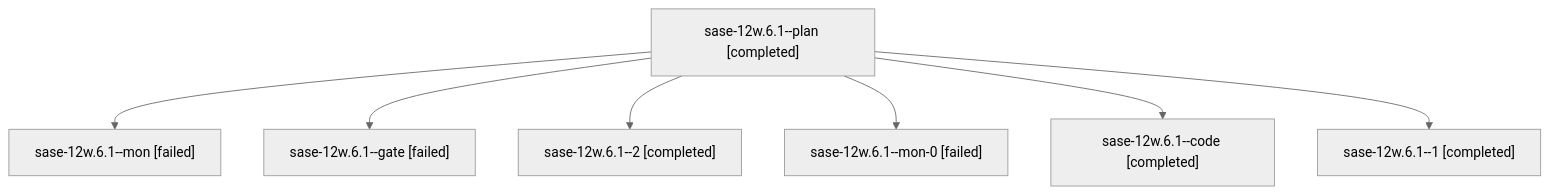
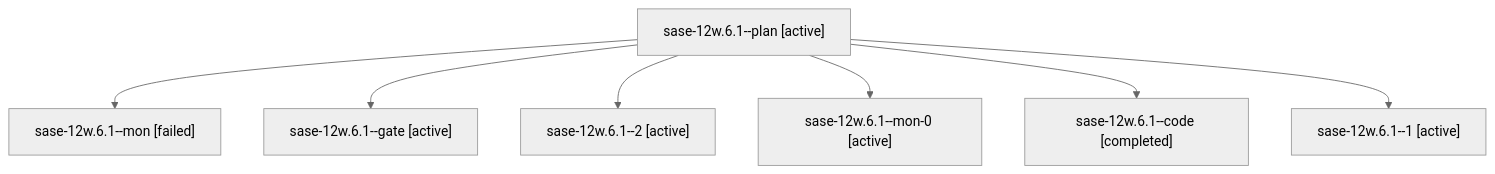
Before and after one commit to sase-org/sase--agents: the diagram in families/bbugyi200.athena.sase-12w.6.1.md, drawn with Mermaid (neutral theme). The commit also changed other lines of this file and 35830 other files, not shown here.

````diff
--- a/families/bbugyi200.athena.sase-12w.6.1.md
+++ b/families/bbugyi200.athena.sase-12w.6.1.md
@@ -9,16 +9,16 @@
 ```mermaid
 flowchart TD
-  n0["sase-12w.6.1--plan [completed]"]
+  n0["sase-12w.6.1--plan [active]"]
   n1["sase-12w.6.1--mon [failed]"]
   n0 --> n1
-  n2["sase-12w.6.1--gate [failed]"]
+  n2["sase-12w.6.1--gate [active]"]
   n0 --> n2
-  n3["sase-12w.6.1--2 [completed]"]
+  n3["sase-12w.6.1--2 [active]"]
   n0 --> n3
-  n4["sase-12w.6.1--mon-0 [failed]"]
+  n4["sase-12w.6.1--mon-0 [active]"]
   n0 --> n4
   n5["sase-12w.6.1--code [completed]"]
   n0 --> n5
-  n6["sase-12w.6.1--1 [completed]"]
+  n6["sase-12w.6.1--1 [active]"]
   n0 --> n6
 ```
````
